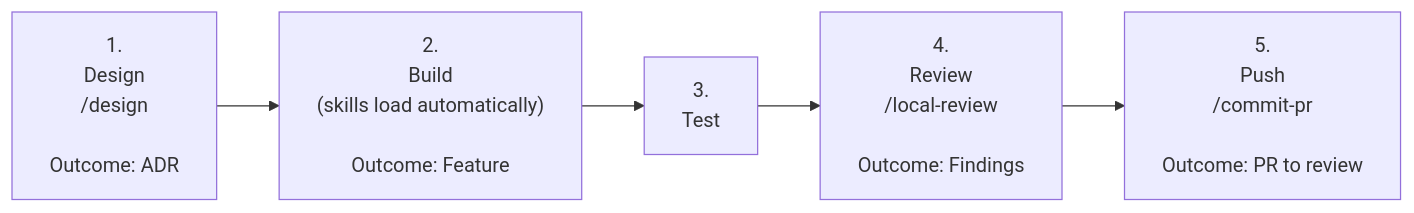
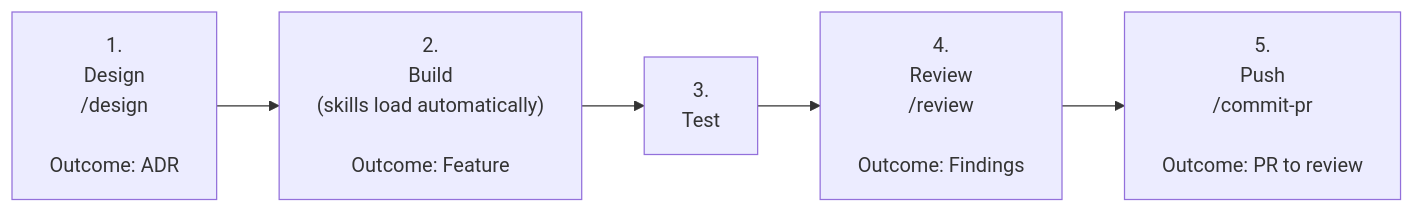
The diagram in CONTRIBUTING.md (CrashTestButter/Gothic-Unity), drawn with Mermaid before and after one commit. The commit also changed other lines of this file and 1 other file, not shown here.

Commit message:
docs: Simplified naming of review skill.

````diff
--- a/CONTRIBUTING.md
+++ b/CONTRIBUTING.md
@@ -75,8 +75,8 @@
 ```mermaid
 flowchart LR
     D["1.\nDesign<br/>/design<br/>\nOutcome: ADR"] -->
     B["2.\nBuild<br/>(skills load automatically)\n\nOutcome: Feature"]
     B --> T["3.\n Test"]
-    T --> R["4.\nReview<br/>/local-review<br/>\nOutcome: Findings"]
+    T --> R["4.\nReview<br/>/review<br/>\nOutcome: Findings"]
     R --> P["5.\nPush<br/>/commit-pr<br/>\nOutcome: PR to review"]
 ```
````
